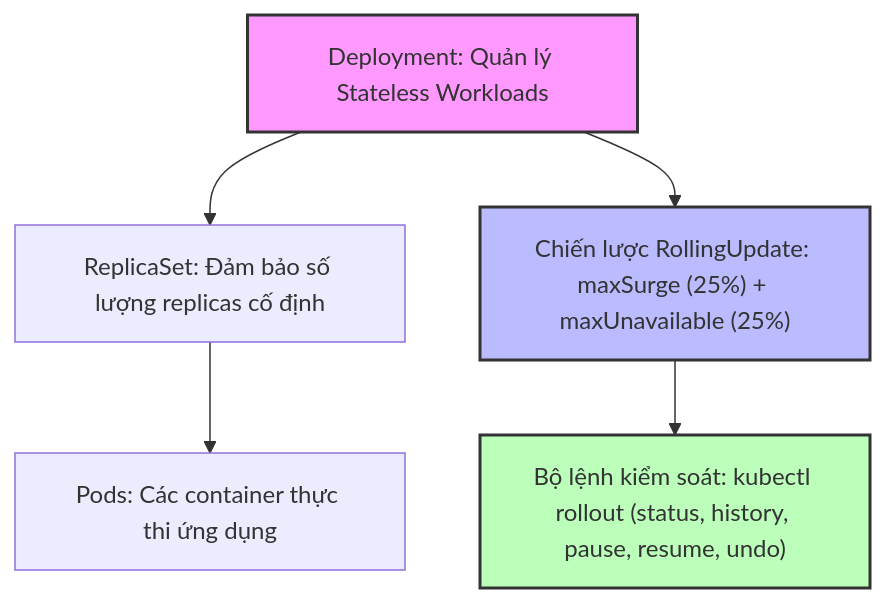
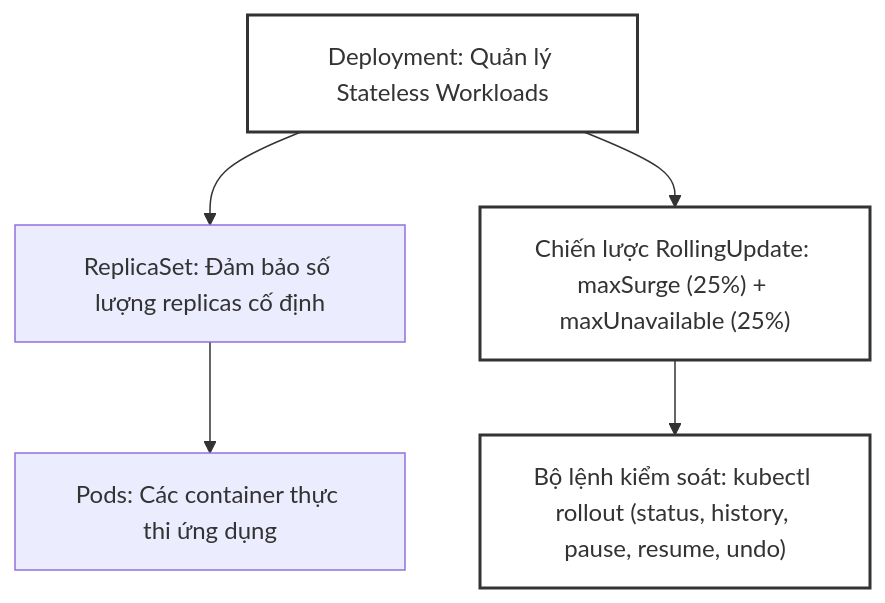
Before and after one commit to kiennt308/ntk: the second of 3 diagrams in _posts/2026-09-12-cka-15-15-deployment-replicaset-rollout.md, drawn with Mermaid. The commit also changed other lines of this file and 207 other files, not shown here.

Commit message:
feat(posts): batch standardize all 208 posts with TL;DR, qa-card accordion, fill:none mermaid, and liquid raw wrappers

````diff
--- a/_posts/2026-09-12-cka-15-15-deployment-replicaset-rollout.md
+++ b/_posts/2026-09-12-cka-15-15-deployment-replicaset-rollout.md
@@ -369,11 +373,11 @@
 ```mermaid
 graph TD
     A["Deployment: Quản lý Stateless Workloads"] --> B["ReplicaSet: Đảm bảo số lượng replicas cố định"]
     B --> C["Pods: Các container thực thi ứng dụng"]
     A --> D["Chiến lược RollingUpdate: maxSurge (25%) + maxUnavailable (25%)"]
     D --> E["Bộ lệnh kiểm soát: kubectl rollout (status, history, pause, resume, undo)"]
 
-    style A fill:#f9f,stroke:#333,stroke-width:2px
-    style D fill:#bbf,stroke:#333,stroke-width:2px
-    style E fill:#bfb,stroke:#333,stroke-width:2px
+    style A fill:none,stroke:#333,stroke-width:2px
+    style D fill:none,stroke:#333,stroke-width:2px
+    style E fill:none,stroke:#333,stroke-width:2px
 ```
````
